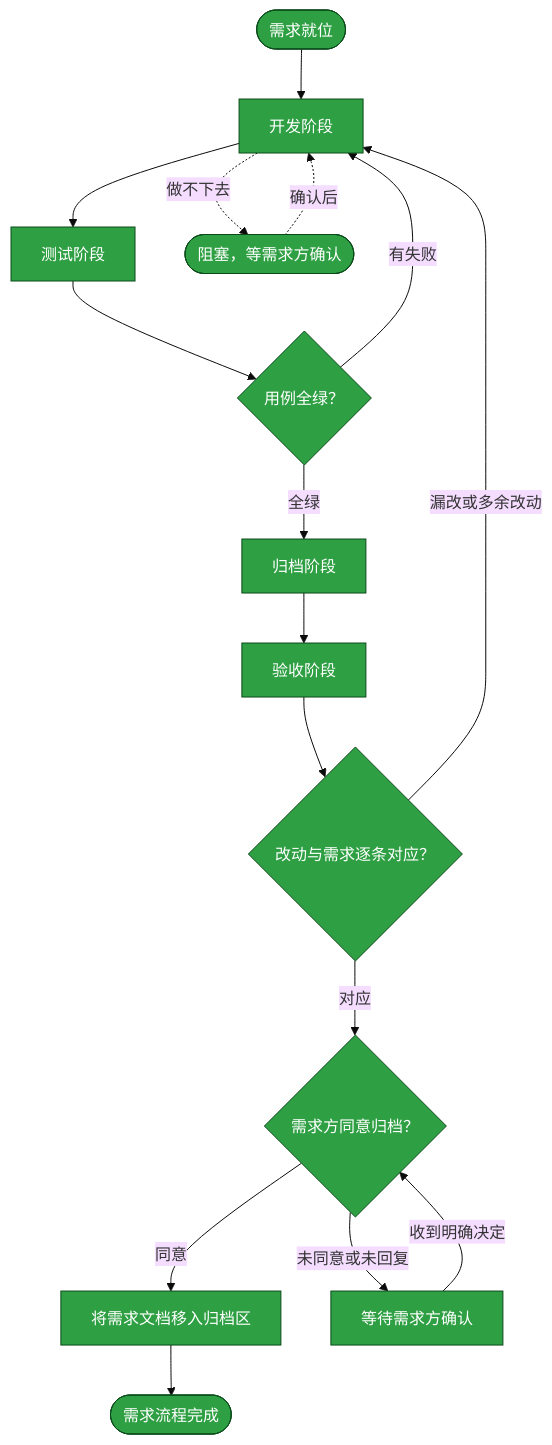
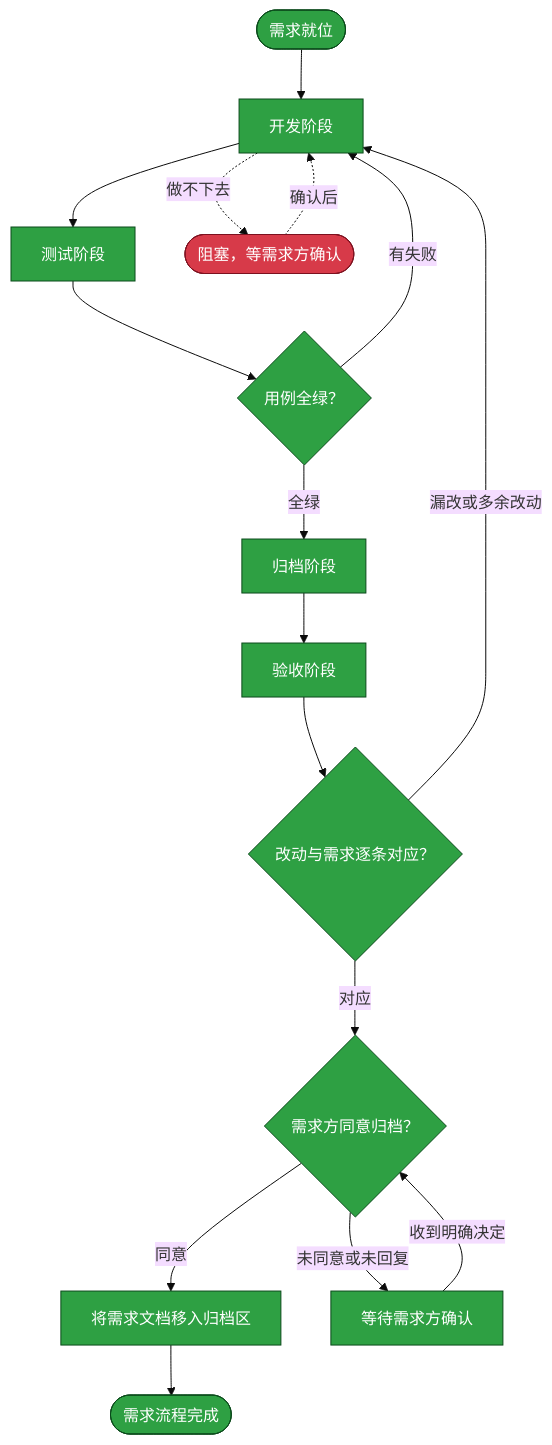
Before and after one commit to yunjies/knowledge-base: the diagram in assets/archive/req.home-media-pilot.provider-type-links.20261003-014637.md, drawn with Mermaid (base theme). The commit also changed other lines of this file and 3 other files, not shown here.

````diff
--- a/assets/archive/req.home-media-pilot.provider-type-links.20261003-014637.md
+++ b/assets/archive/req.home-media-pilot.provider-type-links.20261003-014637.md
@@ -15,22 +17,24 @@
 ```mermaid
 flowchart TB
   START([需求就位]) --> DEVELOP[开发阶段]
   DEVELOP --> TEST[测试阶段]
   TEST --> TEST_GATE{用例全绿？}
   TEST_GATE -->|全绿| ARCHIVE[归档阶段]
   TEST_GATE -->|有失败| DEVELOP
   ARCHIVE --> ACCEPT[验收阶段]
   ACCEPT --> ACCEPT_GATE{改动与需求逐条对应？}
   ACCEPT_GATE -->|对应| REQUESTER_APPROVAL{需求方同意归档？}
   ACCEPT_GATE -->|漏改或多余改动| DEVELOP
   REQUESTER_APPROVAL -->|同意| ARCHIVE_MOVE[将需求文档移入归档区]
   ARCHIVE_MOVE --> DONE([需求流程完成])
   REQUESTER_APPROVAL -->|未同意或未回复| APPROVAL_WAIT[等待需求方确认]
   APPROVAL_WAIT -->|收到明确决定| REQUESTER_APPROVAL
   DEVELOP -.->|做不下去| BLOCKED([阻塞，等需求方确认])
   BLOCKED -.->|确认后| DEVELOP
   classDef todo fill:#f9d71c,stroke:#8a6d00,color:#000
   classDef done fill:#2ea043,stroke:#0b4a1b,color:#fff
   classDef stuck fill:#d73a49,stroke:#7d1220,color:#fff
-  class START,DEVELOP,TEST,TEST_GATE,ARCHIVE,ACCEPT,ACCEPT_GATE,REQUESTER_APPROVAL,ARCHIVE_MOVE,APPROVAL_WAIT,DONE,BLOCKED done
+  class START,DEVELOP,TEST,TEST_GATE,ARCHIVE,ACCEPT,ACCEPT_GATE,REQUESTER_APPROVAL,ARCHIVE_MOVE,APPROVAL_WAIT,DONE done
+  class BLOCKED stuck
+  %% ACCEPT 首轮 FAIL：test_provider_connection_status.py 重写时删除了临时配置测试/状态清空/能力门控/参数合并四类断言且未以 Link 语义重现；TEST 补齐 16 用例（providers 套件 59 passed、全量 492 passed）后复审通过。
 ```
````
